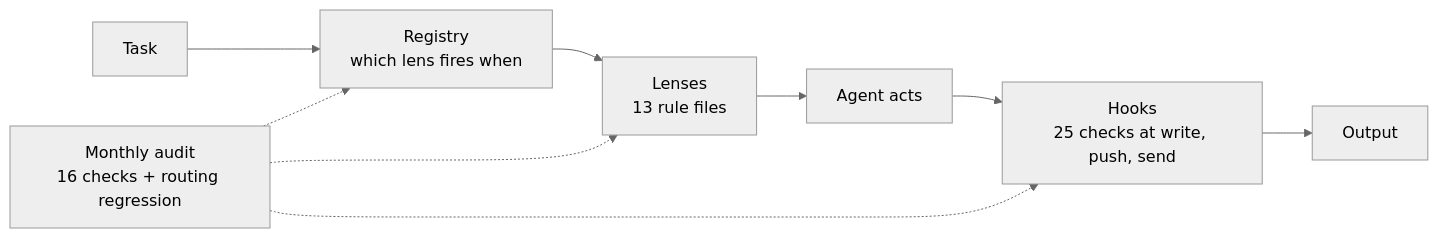
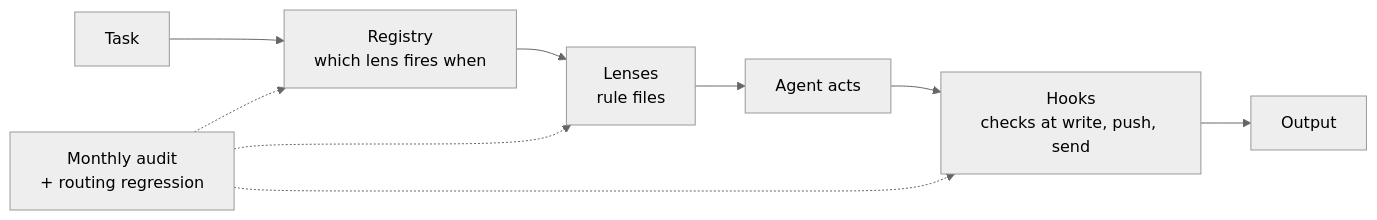
Before and after one commit to bigsidd/os: the diagram in README.md, drawn with Mermaid (neutral theme). The commit also changed other lines of this file and 1 other file, not shown here.

````diff
--- a/README.md
+++ b/README.md
@@ -22,11 +22,11 @@
 ```mermaid
 flowchart LR
   T[Task] --> R[Registry<br/>which lens fires when]
-  R --> L[Lenses<br/>13 rule files]
+  R --> L[Lenses<br/>rule files]
   L --> A[Agent acts]
-  A --> H[Hooks<br/>25 checks at write, push, send]
+  A --> H[Hooks<br/>checks at write, push, send]
   H --> O[Output]
-  Q[Monthly audit<br/>16 checks + routing regression] -.-> R
+  Q[Monthly audit<br/>+ routing regression] -.-> R
   Q -.-> L
   Q -.-> H
 ```
````
